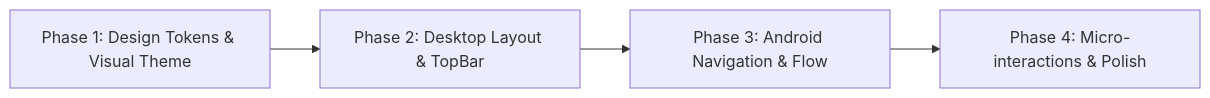
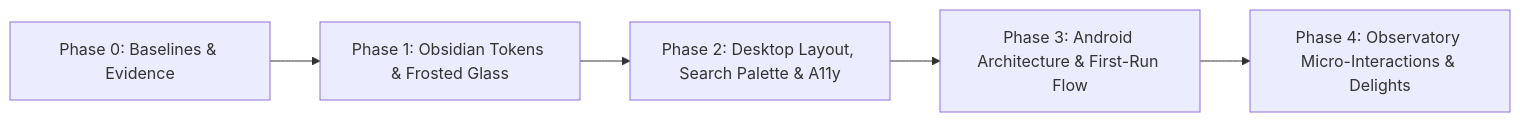
One commit to TheDragonSoft/QuizRadar changed the diagram in docs/UI-UX-AUDIT-AND-REDESIGN-PLAN.md. Above: the diagram before and after it, drawn with Mermaid. The commit also changed other lines of this file and 106 other files, not shown here.

Commit message:
chore: preserve uncommitted observatory and theme updates as baseline

````diff
--- a/docs/UI-UX-AUDIT-AND-REDESIGN-PLAN.md
+++ b/docs/UI-UX-AUDIT-AND-REDESIGN-PLAN.md
@@ -177,6 +193,7 @@
 ```mermaid
 flowchart LR
-    P1["Phase 1: Design Tokens & Visual Theme"] --> P2["Phase 2: Desktop Layout & TopBar"]
-    P2 --> P3["Phase 3: Android Navigation & Flow"]
-    P3 --> P4["Phase 4: Micro-interactions & Polish"]
+    P0["Phase 0: Baselines & Evidence"] --> P1["Phase 1: Obsidian Tokens & Frosted Glass"]
+    P1 --> P2["Phase 2: Desktop Layout, Search Palette & A11y"]
+    P2 --> P3["Phase 3: Android Architecture & First-Run Flow"]
+    P3 --> P4["Phase 4: Observatory Micro-Interactions & Delights"]
 ```
````
